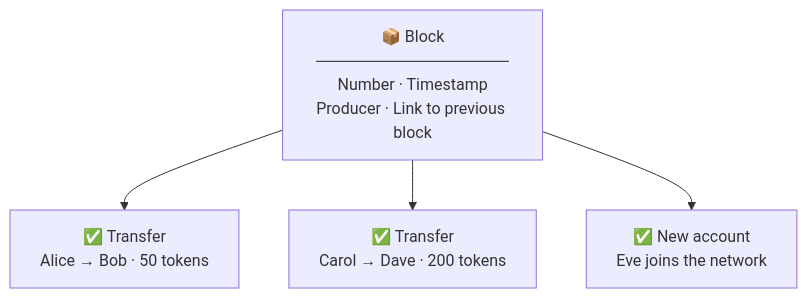
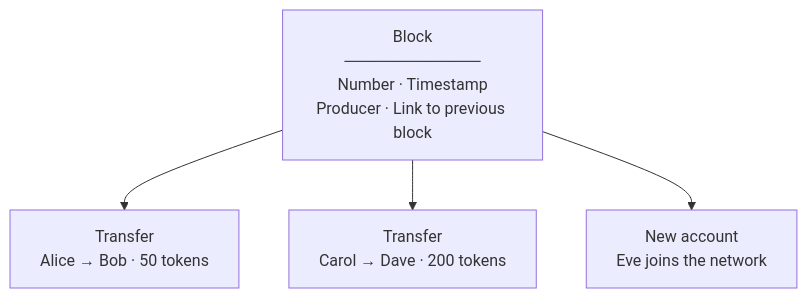
Before and after one commit to people-post/pp-ledger: the second of 6 diagrams in docs/design.md, drawn with Mermaid. The commit also changed other lines of this file, not shown here.

````diff
--- a/docs/design.md
+++ b/docs/design.md
@@ -34,10 +33,10 @@
 ```mermaid
 flowchart TD
-    B["📦 Block\n─────────────────\nNumber · Timestamp\nProducer · Link to previous block"]
-    T1["✅ Transfer\nAlice → Bob · 50 tokens"]
-    T2["✅ Transfer\nCarol → Dave · 200 tokens"]
-    T3["✅ New account\nEve joins the network"]
+    B["Block<br>────────────<br>Number · Timestamp<br>Producer · Link to previous block"]
+    T1["Transfer<br>Alice → Bob · 50 tokens"]
+    T2["Transfer<br>Carol → Dave · 200 tokens"]
+    T3["New account<br>Eve joins the network"]
     B --> T1
     B --> T2
     B --> T3
 ```
````
